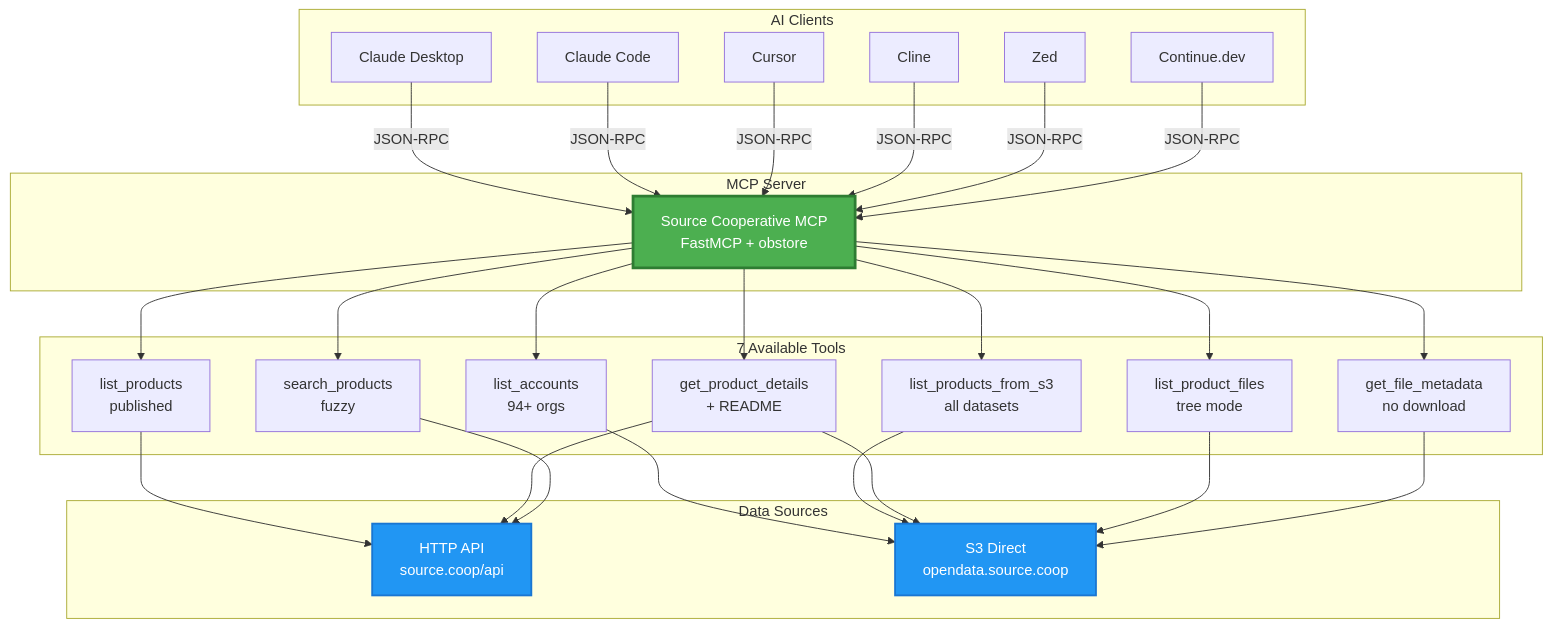
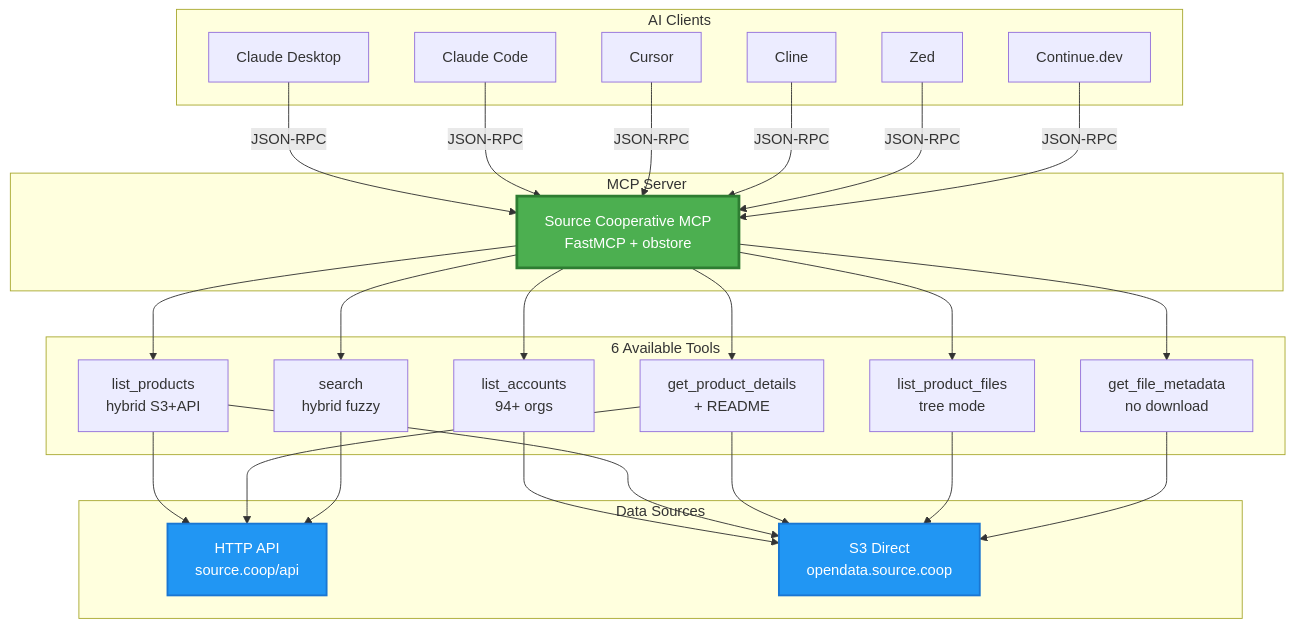
Before and after one commit to yharby/source-coop-mcp: the diagram in README.md, drawn with Mermaid. The commit also changed other lines of this file and 5 other files, not shown here.

First line of the commit message:
refactor(mcp): simplify pre-commit config and unify product listing tools

````diff
--- a/README.md
+++ b/README.md
@@ -16,58 +16,56 @@
 ```mermaid
 graph TB
     subgraph "AI Clients"
         A1[Claude Desktop]
         A2[Claude Code]
         A3[Cursor]
         A4[Cline]
         A5[Zed]
         A6[Continue.dev]
     end
 
     subgraph "MCP Server"
         MCP[Source Cooperative MCP<br/>FastMCP + obstore]
     end
 
-    subgraph "7 Available Tools"
+    subgraph "6 Available Tools"
         T1[list_accounts<br/>94+ orgs]
-        T2[list_products<br/>published]
-        T3[list_products_from_s3<br/>all datasets]
-        T4[get_product_details<br/>+ README]
-        T5[list_product_files<br/>tree mode]
-        T6[get_file_metadata<br/>no download]
-        T7[search_products<br/>fuzzy]
+        T2[list_products<br/>hybrid S3+API]
+        T3[get_product_details<br/>+ README]
+        T4[list_product_files<br/>tree mode]
+        T5[get_file_metadata<br/>no download]
+        T6[search<br/>hybrid fuzzy]
     end
 
     subgraph "Data Sources"
         S1[HTTP API<br/>source.coop/api]
         S2[S3 Direct<br/>opendata.source.coop]
     end
 
     A1 -->|JSON-RPC| MCP
     A2 -->|JSON-RPC| MCP
     A3 -->|JSON-RPC| MCP
     A4 -->|JSON-RPC| MCP
     A5 -->|JSON-RPC| MCP
     A6 -->|JSON-RPC| MCP
 
     MCP --> T1
     MCP --> T2
     MCP --> T3
     MCP --> T4
     MCP --> T5
     MCP --> T6
-    MCP --> T7
 
     T1 --> S2
     T2 --> S1
+    T2 --> S2
+    T3 --> S1
     T3 --> S2
-    T4 --> S1
     T4 --> S2
     T5 --> S2
-    T6 --> S2
-    T7 --> S1
+    T6 --> S1
 
     style MCP fill:#4CAF50,stroke:#2E7D32,stroke-width:3px,color:#fff
     style S1 fill:#2196F3,stroke:#1976D2,stroke-width:2px,color:#fff
     style S2 fill:#2196F3,stroke:#1976D2,stroke-width:2px,color:#fff
 ```
````
